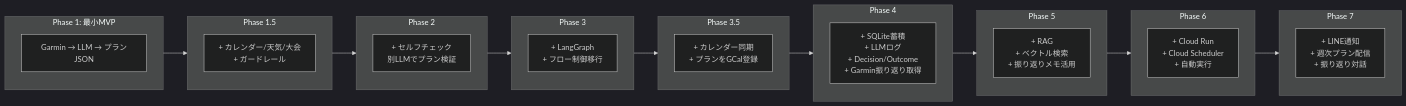
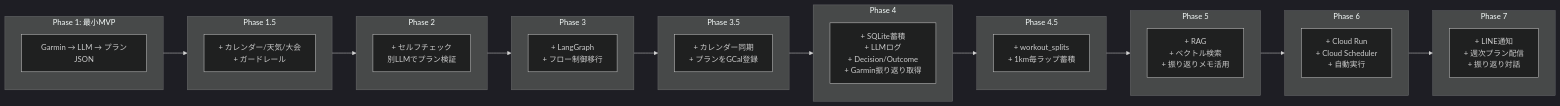
The fourth of 5 diagrams in DESIGN.md (fuzztarou/run-coach), drawn with Mermaid (dark theme) before and after one commit. The commit also changed other lines of this file and 13 other files, not shown here.

````diff
--- a/DESIGN.md
+++ b/DESIGN.md
@@ -192,40 +192,44 @@
 ```mermaid
 flowchart LR
     subgraph Phase1[Phase 1: 最小MVP]
         P1[Garmin → LLM → プランJSON]
     end
 
     subgraph Phase15[Phase 1.5]
         P15[+ カレンダー/天気/大会<br>+ ガードレール]
     end
 
     subgraph Phase2[Phase 2]
         P2[+ セルフチェック<br>別LLMでプラン検証]
     end
 
     subgraph Phase3[Phase 3]
         P3[+ LangGraph<br>+ フロー制御移行]
     end
 
     subgraph Phase35[Phase 3.5]
         P35[+ カレンダー同期<br>+ プランをGCal登録]
     end
 
     subgraph Phase4[Phase 4]
         P4[+ SQLite蓄積<br>+ LLMログ<br>+ Decision/Outcome<br>+ Garmin振り返り取得]
     end
 
+    subgraph Phase45[Phase 4.5]
+        P45[+ workout_splits<br>+ 1km毎ラップ蓄積]
+    end
+
     subgraph Phase5[Phase 5]
         P5[+ RAG<br>+ ベクトル検索<br>+ 振り返りメモ活用]
     end
 
     subgraph Phase6[Phase 6]
         P6[+ Cloud Run<br>+ Cloud Scheduler<br>+ 自動実行]
     end
 
     subgraph Phase7[Phase 7]
         P7[+ LINE通知<br>+ 週次プラン配信<br>+ 振り返り対話]
     end
 
-    Phase1 --> Phase15 --> Phase2 --> Phase3 --> Phase35 --> Phase4 --> Phase5 --> Phase6 --> Phase7
+    Phase1 --> Phase15 --> Phase2 --> Phase3 --> Phase35 --> Phase4 --> Phase45 --> Phase5 --> Phase6 --> Phase7
 ```
````
